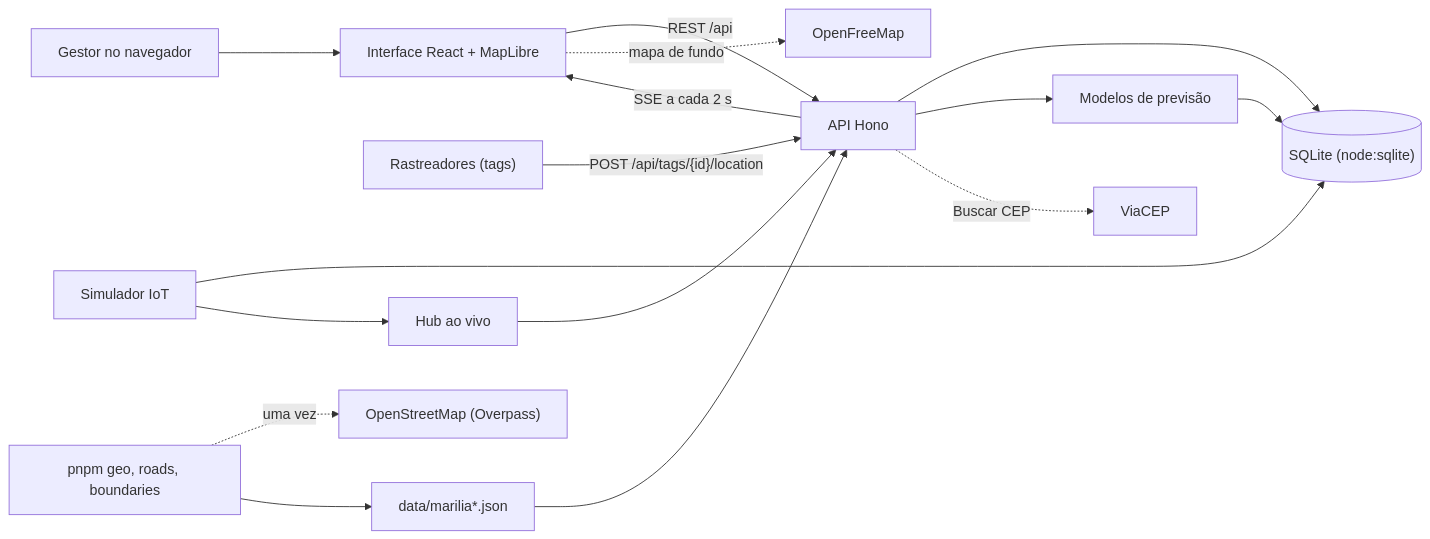
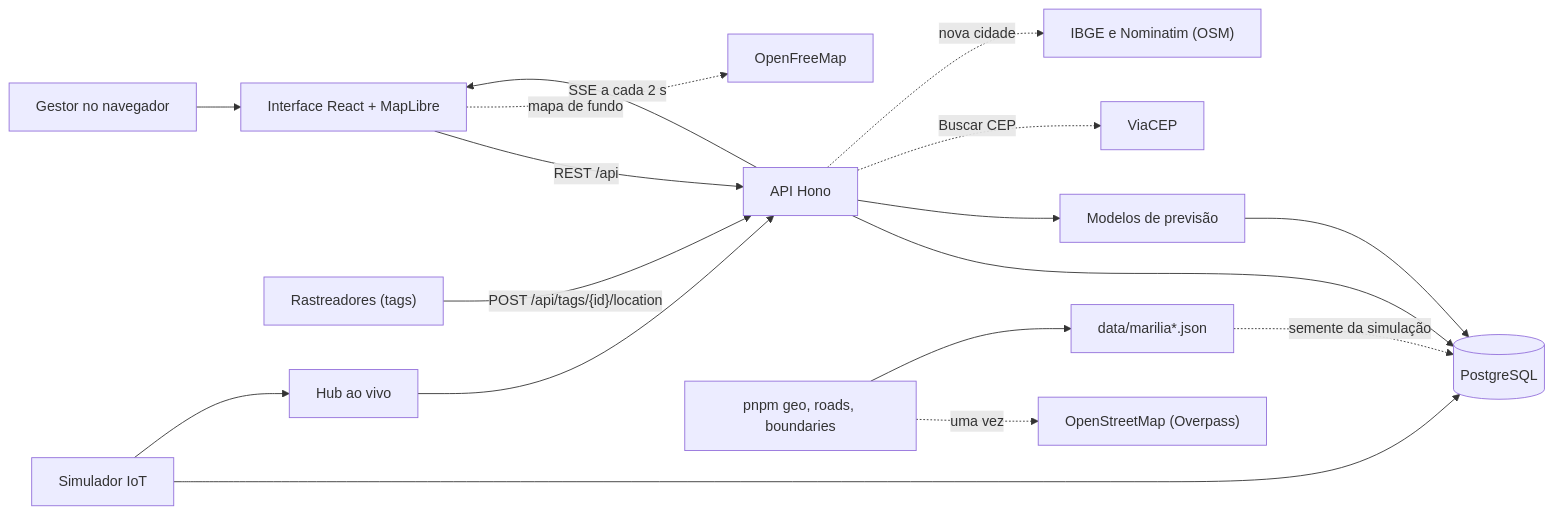
Before and after one commit to pedrohaveloso/fogo: the diagram in README.md, drawn with Mermaid. The commit also changed other lines of this file and 5 other files, not shown here.

````diff
--- a/README.md
+++ b/README.md
@@ -114,18 +121,19 @@
 ```mermaid
 flowchart LR
   gestor["Gestor no navegador"] --> web["Interface React + MapLibre"]
   web -- "REST /api" --> api["API Hono"]
   api -- "SSE a cada 2 s" --> web
-  api --> db[("SQLite (node:sqlite)")]
+  api --> db[("PostgreSQL")]
   sim["Simulador IoT"] --> db
   tag["Rastreadores (tags)"] -- "POST /api/tags/{id}/location" --> api
   sim --> hub["Hub ao vivo"]
   hub --> api
   pred["Modelos de previsão"] --> db
   api --> pred
   web -. "mapa de fundo" .-> ofm["OpenFreeMap"]
   api -. "Buscar CEP" .-> viacep["ViaCEP"]
+  api -. "nova cidade" .-> ibge["IBGE e Nominatim (OSM)"]
   scripts["pnpm geo, roads, boundaries"] -. "uma vez" .-> osm["OpenStreetMap (Overpass)"]
   scripts --> geo["data/marilia*.json"]
-  geo --> api
+  geo -. "semente da simulação" .-> db
 ```
````
